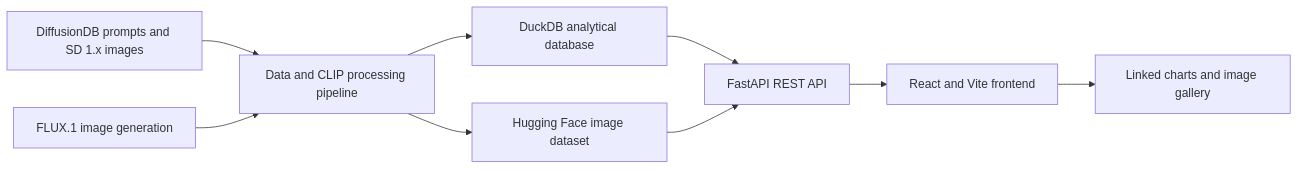
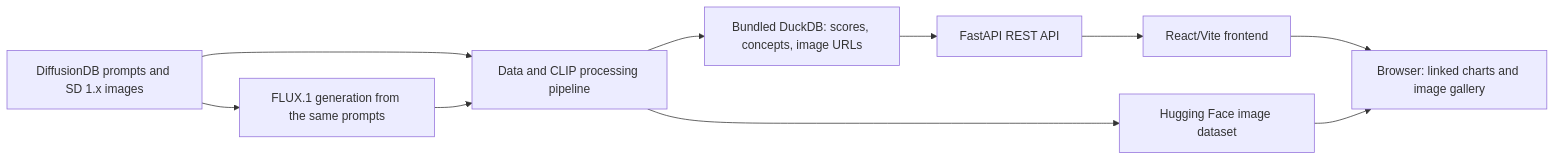
Before and after one commit to DONTWAKEMEUP17/text-image-alignment-auditor: the diagram in README.md, drawn with Mermaid. The commit also changed other lines of this file, not shown here.

````diff
--- a/README.md
+++ b/README.md
@@ -32,11 +46,12 @@
 ```mermaid
 flowchart LR
     A["DiffusionDB prompts and SD 1.x images"] --> B["Data and CLIP processing pipeline"]
-    C["FLUX.1 image generation"] --> B
-    B --> D["Hugging Face image dataset"]
-    B --> E["DuckDB analytical database"]
-    E --> F["FastAPI REST API"]
-    D --> F
-    F --> G["React and Vite frontend"]
-    G --> H["Linked charts and image gallery"]
+    A --> C["FLUX.1 generation from the same prompts"]
+    C --> B
+    B --> D["Bundled DuckDB: scores, concepts, image URLs"]
+    B --> E["Hugging Face image dataset"]
+    D --> F["FastAPI REST API"]
+    F --> G["React/Vite frontend"]
+    G --> H["Browser: linked charts and image gallery"]
+    E --> H
 ```
````
